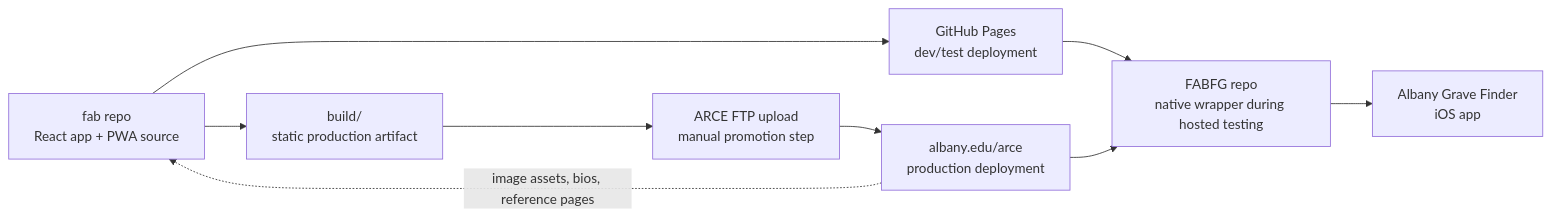
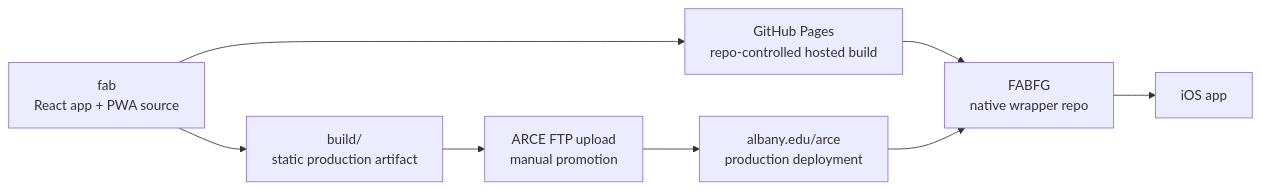
Before and after one commit to LaSarsoJackson/fab: the diagram in README.md, drawn with Mermaid. The commit also changed other lines of this file and 25 other files, not shown here.

````diff
--- a/README.md
+++ b/README.md
@@ -23,11 +33,10 @@
 ```mermaid
 flowchart LR
-  FAB["fab repo<br/>React app + PWA source"] --> GH["GitHub Pages<br/>dev/test deployment"]
+  FAB["fab<br/>React app + PWA source"] --> GH["GitHub Pages<br/>repo-controlled hosted build"]
   FAB --> BUILD["build/<br/>static production artifact"]
-  BUILD --> FTP["ARCE FTP upload<br/>manual promotion step"]
-  FTP --> ARCE["albany.edu/arce<br/>production deployment"]
-  GH --> FABFG["FABFG repo<br/>native wrapper during hosted testing"]
-  ARCE --> FABFG
-  FABFG --> IOS["Albany Grave Finder<br/>iOS app"]
-  ARCE -. image assets, bios, reference pages .-> FAB
+  BUILD --> FTP["ARCE FTP upload<br/>manual promotion"]
+  FTP --> PROD["albany.edu/arce<br/>production deployment"]
+  GH --> FABFG["FABFG<br/>native wrapper repo"]
+  PROD --> FABFG
+  FABFG --> IOS["iOS app"]
 ```
````
